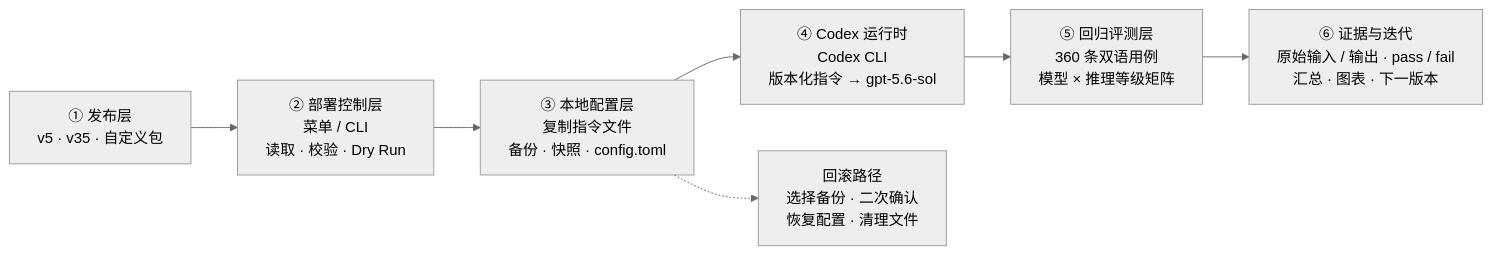
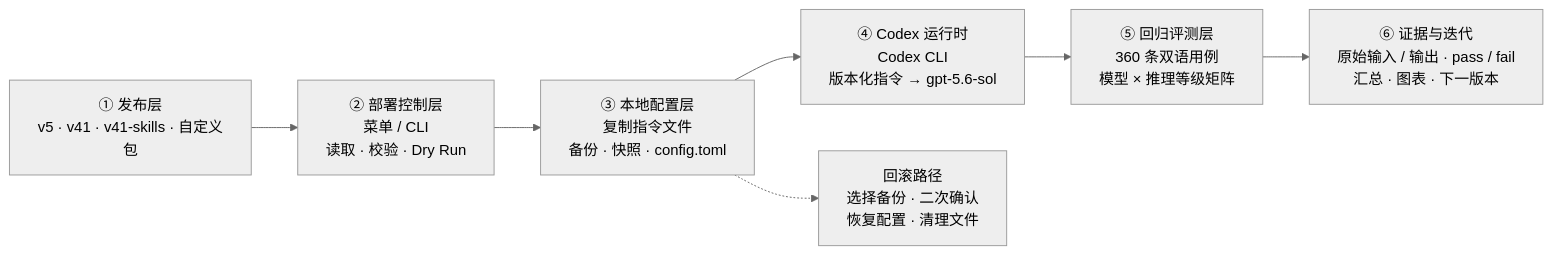
One commit to y1024/gpt-5.6-instruct changed the diagram in README.md. Above: the diagram before and after it, drawn with Mermaid (neutral theme). The commit also changed other lines of this file and 18 other files, not shown here.

````diff
--- a/README.md
+++ b/README.md
@@ -41,13 +41,14 @@
 ```mermaid
 flowchart LR
     RELEASE["① 发布层<br/>v5 · v35 · 自定义包"]
+    RELEASE["① 发布层<br/>v5 · v41 · v41-skills · 自定义包"]
     CONTROL["② 部署控制层<br/>菜单 / CLI<br/>读取 · 校验 · Dry Run"]
     CONFIG["③ 本地配置层<br/>复制指令文件<br/>备份 · 快照 · config.toml"]
     RUNTIME["④ Codex 运行时<br/>Codex CLI<br/>版本化指令 → gpt-5.6-sol"]
     EVAL["⑤ 回归评测层<br/>360 条双语用例<br/>模型 × 推理等级矩阵"]
     EVIDENCE["⑥ 证据与迭代<br/>原始输入 / 输出 · pass / fail<br/>汇总 · 图表 · 下一版本"]
     ROLLBACK["回滚路径<br/>选择备份 · 二次确认<br/>恢复配置 · 清理文件"]
 
     RELEASE --> CONTROL --> CONFIG --> RUNTIME --> EVAL --> EVIDENCE
     CONFIG -.-> ROLLBACK
 ```
````
